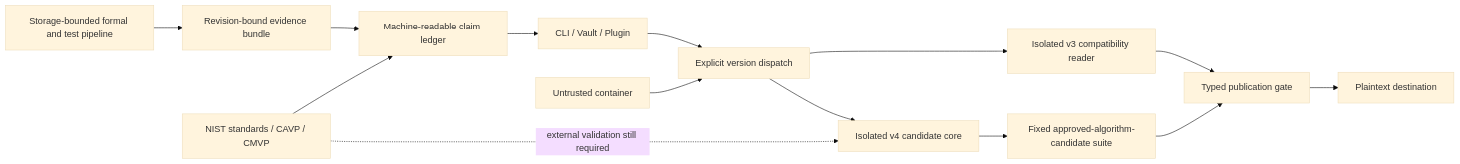
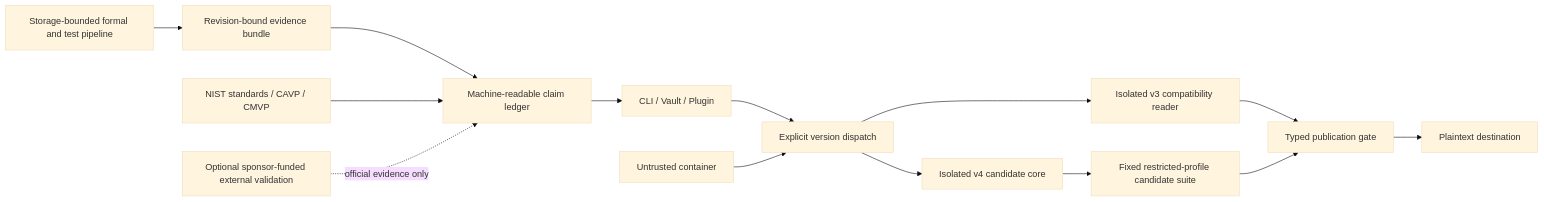
The third of 4 diagrams in docs/hardening/anubis-assurance/proposals/truthful-machine-verifiable-assurance.md (AnubisQuantumCipher/anubis), drawn with Mermaid (base theme) before and after one commit. The commit also changed other lines of this file and 29 other files, not shown here.

````diff
--- a/docs/hardening/anubis-assurance/proposals/truthful-machine-verifiable-assurance.md
+++ b/docs/hardening/anubis-assurance/proposals/truthful-machine-verifiable-assurance.md
@@ -363,16 +363,16 @@
 ```mermaid
 flowchart LR
     U[CLI / Vault / Plugin] --> D[Explicit version dispatch]
     C[Untrusted container] --> D
     D --> V3[Isolated v3 compatibility reader]
     D --> V4[Isolated v4 candidate core]
     V3 --> G[Typed publication gate]
-    V4 --> S[Fixed approved-algorithm-candidate suite]
+    V4 --> S[Fixed restricted-profile candidate suite]
     S --> G
     G --> O[Plaintext destination]
     E[Storage-bounded formal and test pipeline] --> B[Revision-bound evidence bundle]
     B --> L[Machine-readable claim ledger]
     L --> U
     N[NIST standards / CAVP / CMVP] --> L
-    N -. external validation still required .-> V4
+    F[Optional sponsor-funded external validation] -. official evidence only .-> L
 ```
````
